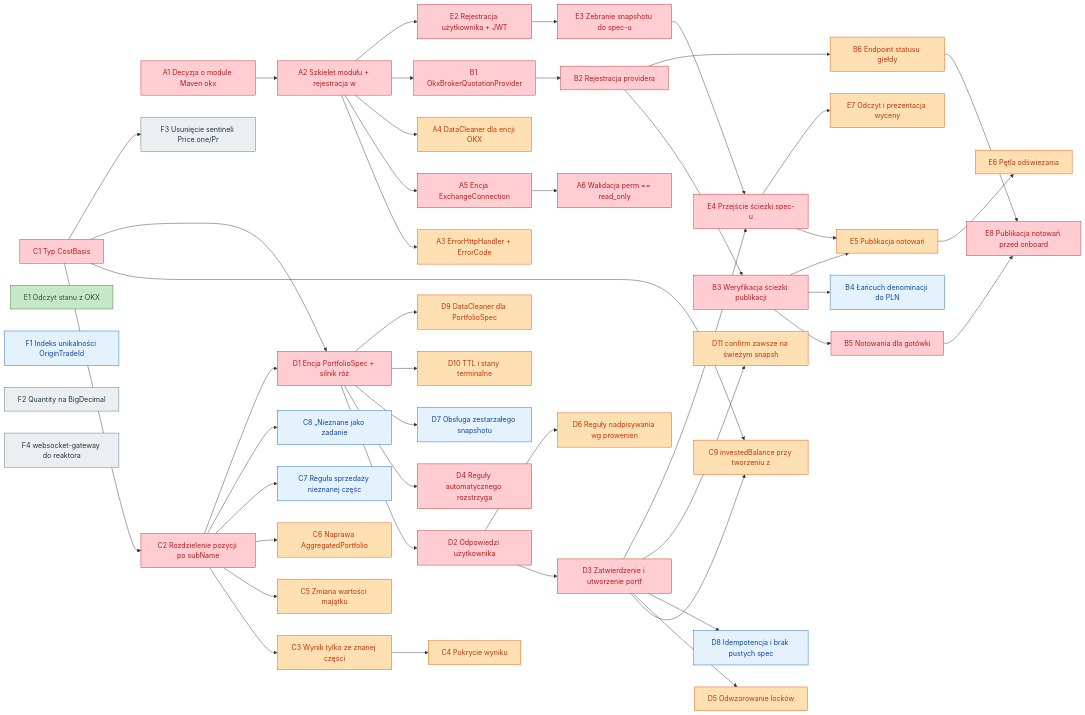
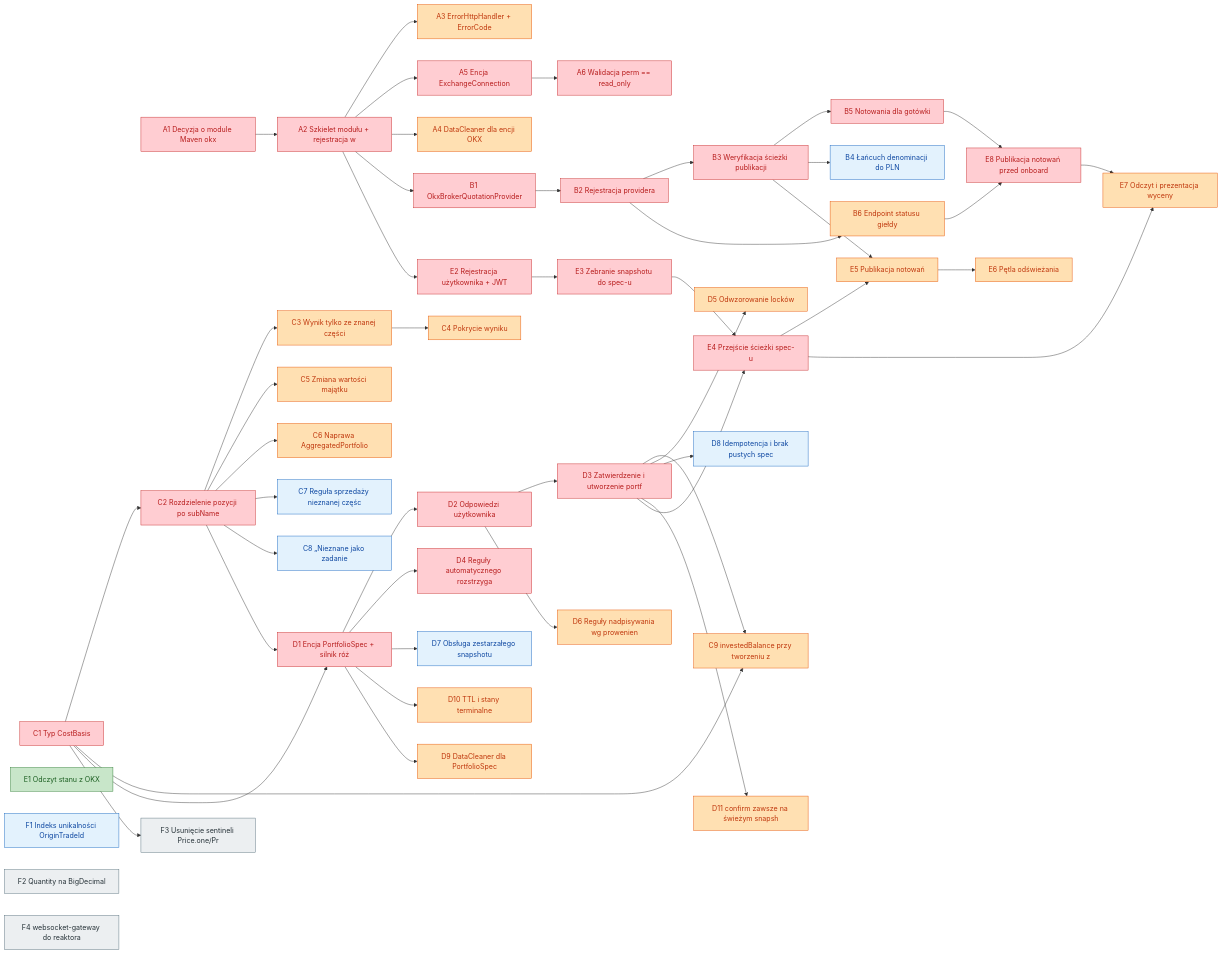
Before and after one commit to lu92/vidulum: the diagram in docs/features-backlog/2026-09-18-okx-tasks.md, drawn with Mermaid. The commit also changed other lines of this file and 1 other file, not shown here.

````diff
--- a/docs/features-backlog/2026-09-18-okx-tasks.md
+++ b/docs/features-backlog/2026-09-18-okx-tasks.md
@@ -215,5 +215,6 @@
     E4 --> E5
     E5 --> E6
     E4 --> E7
+    E8 --> E7
     C1 --> F3
 ```
````
